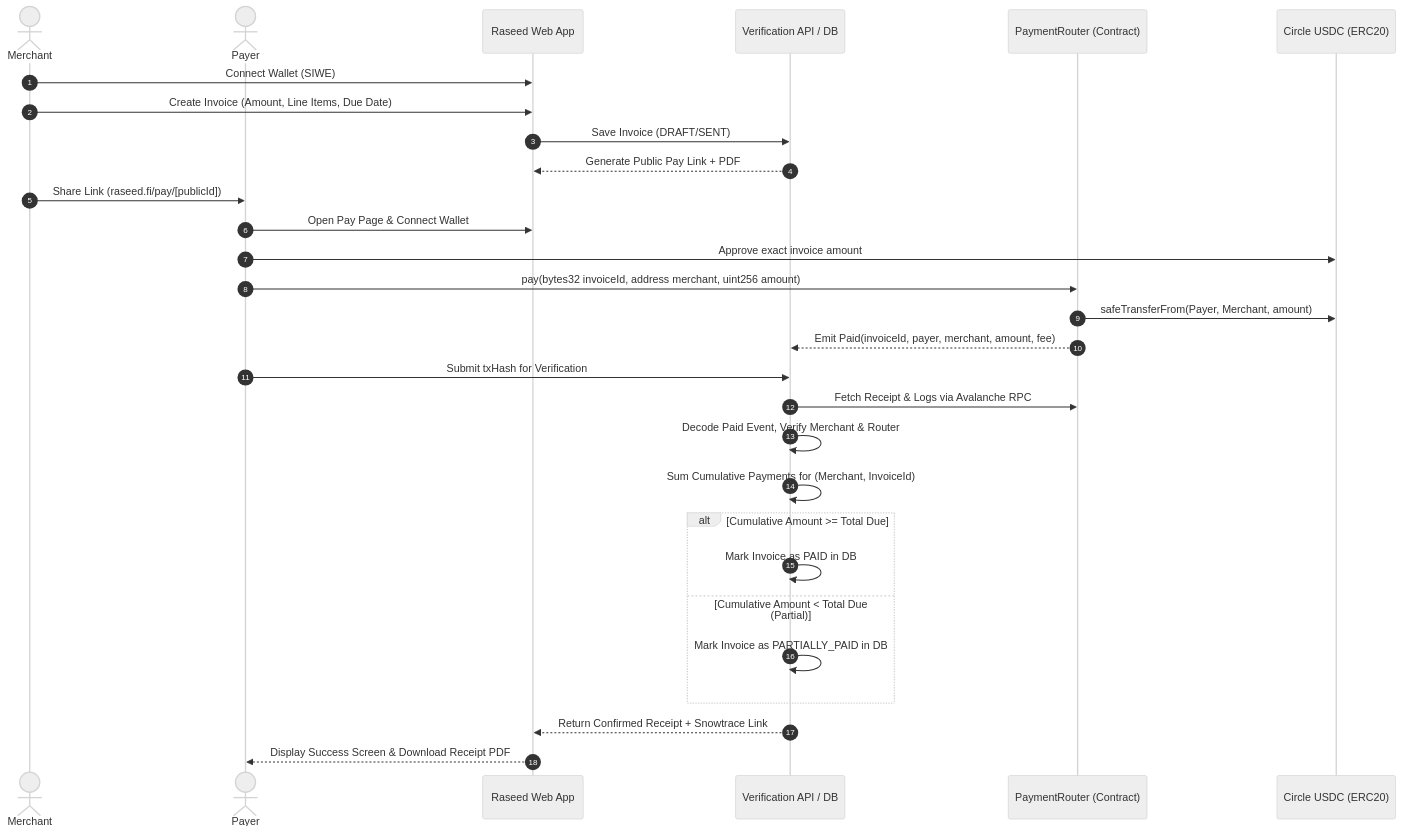
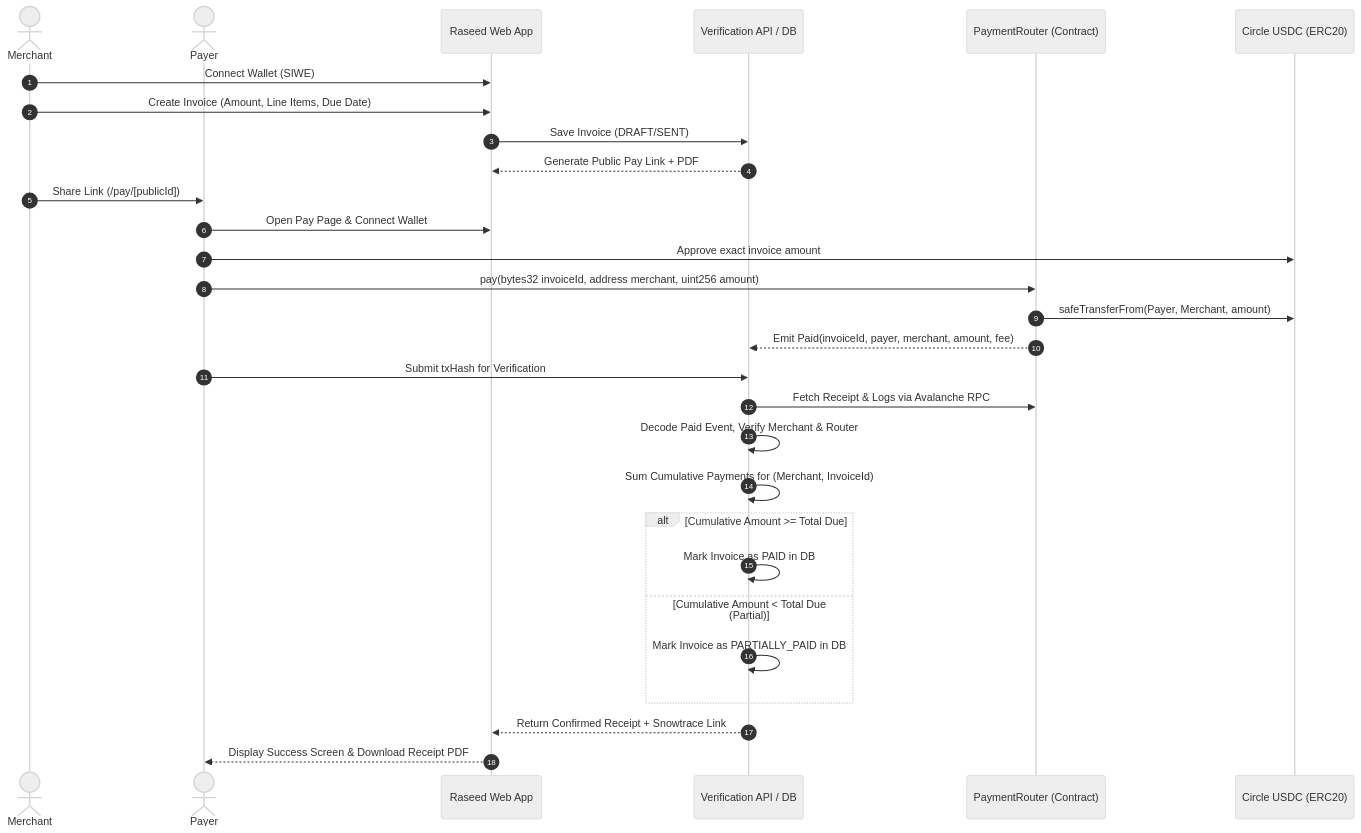
The diagram in README.md (arpitb496-cpu/raseed-fuji-demo), drawn with Mermaid (neutral theme) before and after one commit. The commit also changed 7 other files, not shown here.

````diff
--- a/README.md
+++ b/README.md
@@ -12,34 +12,34 @@
 ```mermaid
 sequenceDiagram
     autonumber
     actor Merchant
     actor Payer
     participant WebApp as Raseed Web App
     participant Server as Verification API / DB
     participant Router as PaymentRouter (Contract)
     participant USDC as Circle USDC (ERC20)
 
     Merchant->>WebApp: Connect Wallet (SIWE)
     Merchant->>WebApp: Create Invoice (Amount, Line Items, Due Date)
     WebApp->>Server: Save Invoice (DRAFT/SENT)
     Server-->>WebApp: Generate Public Pay Link + PDF
-    Merchant->>Payer: Share Link (raseed.fi/pay/[publicId])
+    Merchant->>Payer: Share Link (/pay/[publicId])
     
     Payer->>WebApp: Open Pay Page & Connect Wallet
     Payer->>USDC: Approve exact invoice amount
     Payer->>Router: pay(bytes32 invoiceId, address merchant, uint256 amount)
     Router->>USDC: safeTransferFrom(Payer, Merchant, amount)
     Router-->>Server: Emit Paid(invoiceId, payer, merchant, amount, fee)
     
     Payer->>Server: Submit txHash for Verification
     Server->>Router: Fetch Receipt & Logs via Avalanche RPC
     Server->>Server: Decode Paid Event, Verify Merchant & Router
     Server->>Server: Sum Cumulative Payments for (Merchant, InvoiceId)
     alt Cumulative Amount >= Total Due
         Server->>Server: Mark Invoice as PAID in DB
     else Cumulative Amount < Total Due (Partial)
         Server->>Server: Mark Invoice as PARTIALLY_PAID in DB
     end
     Server-->>WebApp: Return Confirmed Receipt + Snowtrace Link
     WebApp-->>Payer: Display Success Screen & Download Receipt PDF
 ```
````
